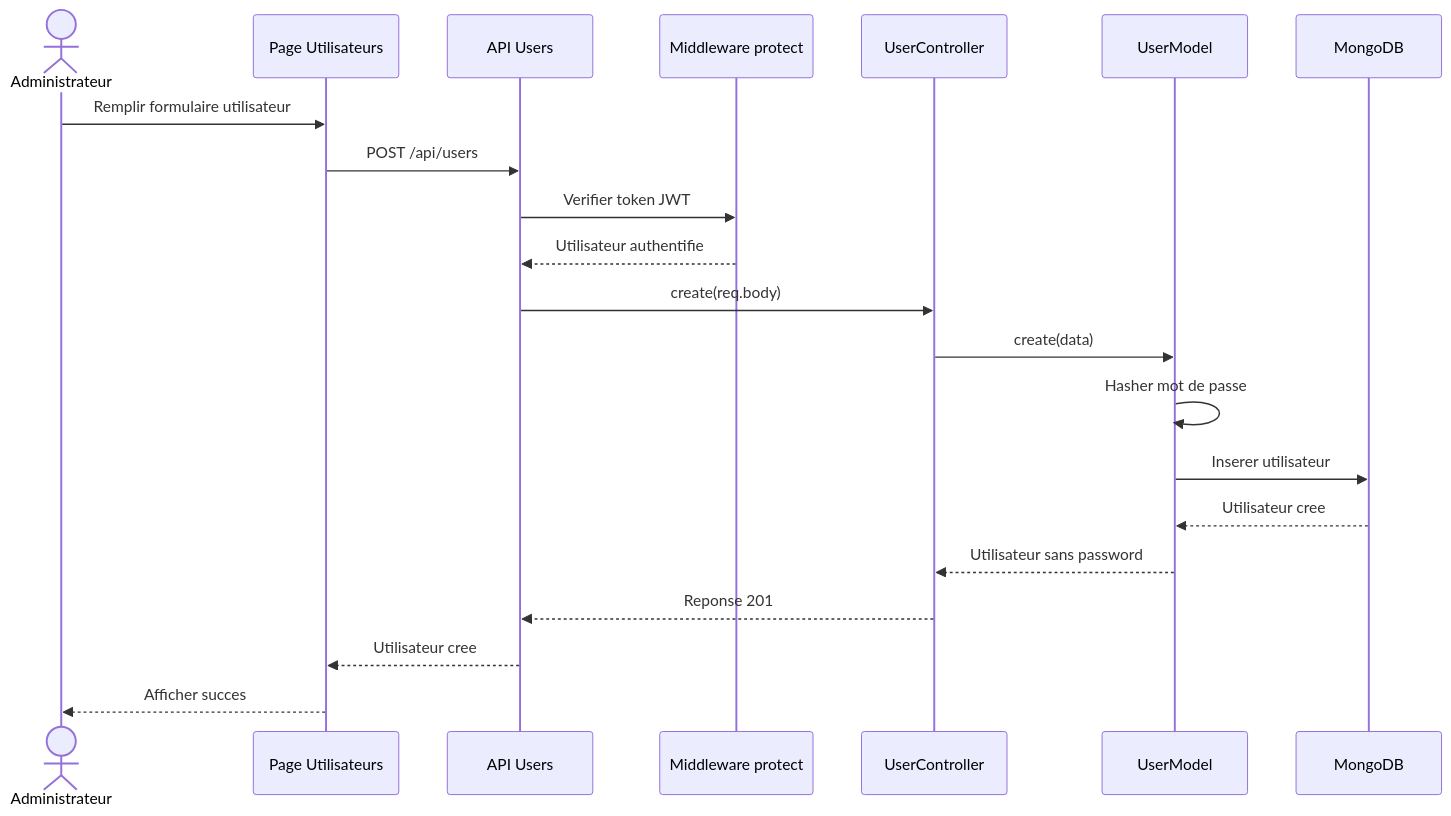
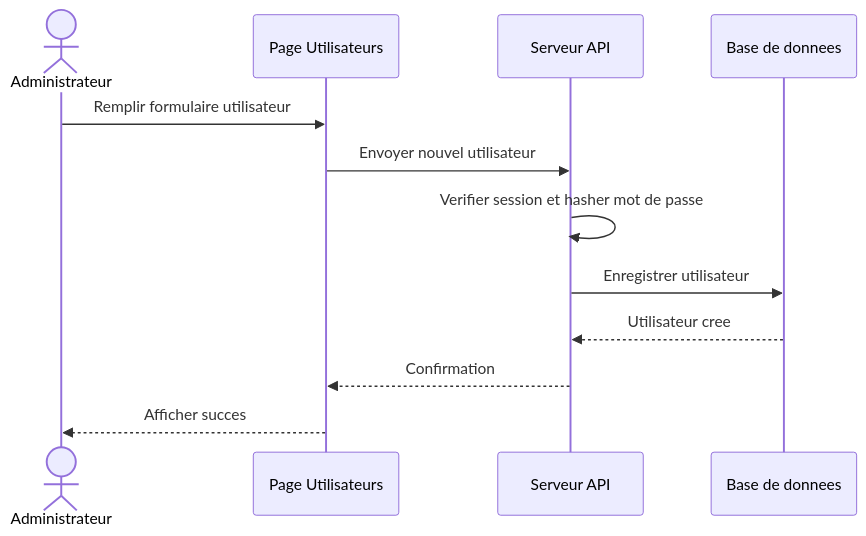
The diagram in tasks/salma/sequence-create-user.md (Youness-Ailal/bovins_cmc), drawn with Mermaid before and after one commit. The commit also changed 14 other files, not shown here.

````diff
--- a/tasks/salma/sequence-create-user.md
+++ b/tasks/salma/sequence-create-user.md
@@ -3,24 +3,15 @@
 ```mermaid
 sequenceDiagram
     actor Administrateur
-    participant Frontend as Page Utilisateurs
-    participant API as API Users
-    participant Middleware as Middleware protect
-    participant Controller as UserController
-    participant User as UserModel
-    participant DB as MongoDB
+    participant Interface as Page Utilisateurs
+    participant Serveur as Serveur API
+    participant DB as Base de donnees
 
-    Administrateur->>Frontend: Remplir formulaire utilisateur
-    Frontend->>API: POST /api/users
-    API->>Middleware: Verifier token JWT
-    Middleware-->>API: Utilisateur authentifie
-    API->>Controller: create(req.body)
-    Controller->>User: create(data)
-    User->>User: Hasher mot de passe
-    User->>DB: Inserer utilisateur
-    DB-->>User: Utilisateur cree
-    User-->>Controller: Utilisateur sans password
-    Controller-->>API: Reponse 201
-    API-->>Frontend: Utilisateur cree
-    Frontend-->>Administrateur: Afficher succes
+    Administrateur->>Interface: Remplir formulaire utilisateur
+    Interface->>Serveur: Envoyer nouvel utilisateur
+    Serveur->>Serveur: Verifier session et hasher mot de passe
+    Serveur->>DB: Enregistrer utilisateur
+    DB-->>Serveur: Utilisateur cree
+    Serveur-->>Interface: Confirmation
+    Interface-->>Administrateur: Afficher succes
 ```
````
